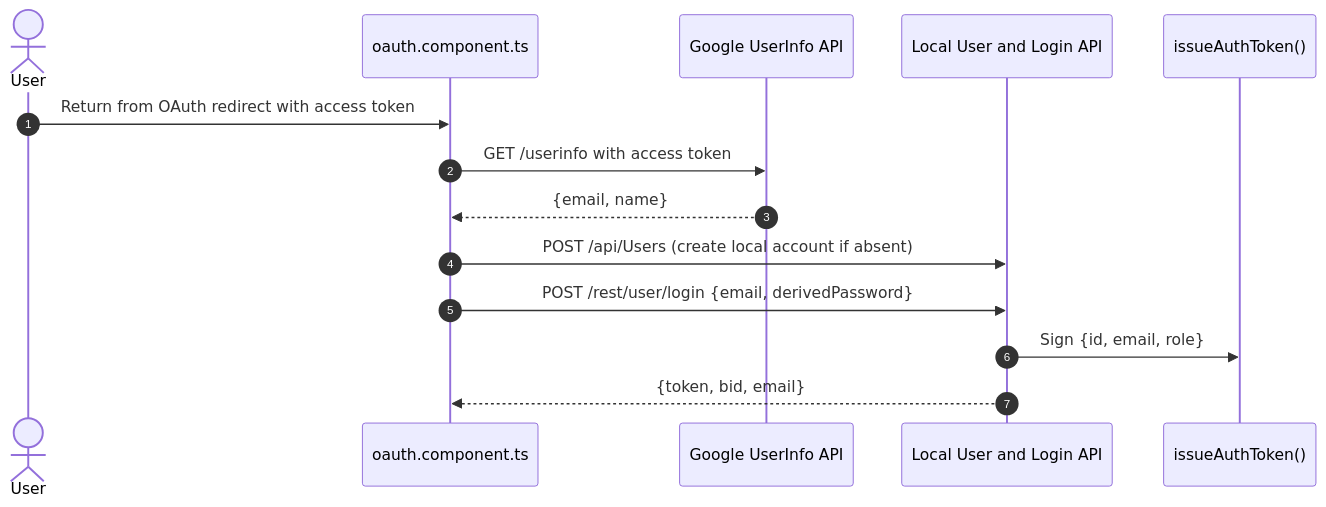
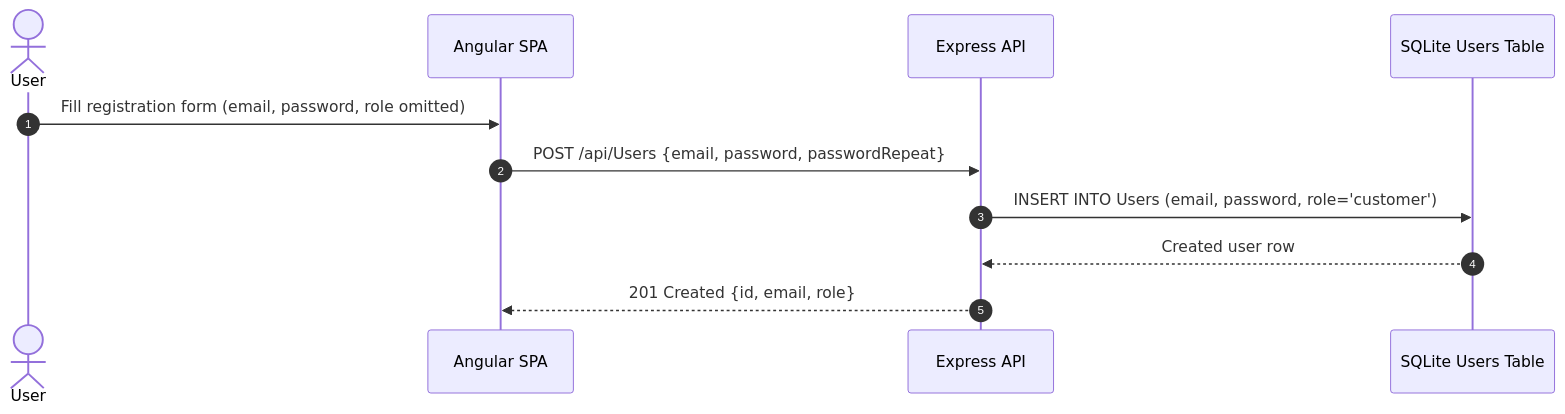
Before and after one commit to appsec-foundry/appsec-advisor: diagram 23 of 27 in examples/threat-modeler/threat-model-juice-shop-standard.md, drawn with Mermaid. The commit also changed other lines of this file and 3 other files, not shown here.

````diff
--- a/examples/threat-modeler/threat-model-juice-shop-standard.md
+++ b/examples/threat-modeler/threat-model-juice-shop-standard.md
@@ -920,17 +1365,14 @@
 ```mermaid
 sequenceDiagram
     autonumber
     actor User
-    participant SPA as oauth.component.ts
-    participant Google as Google UserInfo API
-    participant API as Local User and Login API
-    participant JWT as issueAuthToken()
+    participant SPA as Angular SPA
+    participant API as Express API
+    participant DB as SQLite Users Table
 
-    User->>SPA: Return from OAuth redirect with access token
-    SPA->>Google: GET /userinfo with access token
-    Google-->>SPA: {email, name}
-    SPA->>API: POST /api/Users (create local account if absent)
-    SPA->>API: POST /rest/user/login {email, derivedPassword}
-    API->>JWT: Sign {id, email, role}
-    API-->>SPA: {token, bid, email}
+    User->>SPA: Fill registration form (email, password, role omitted)
+    SPA->>API: POST /api/Users {email, password, passwordRepeat}
+    API->>DB: INSERT INTO Users (email, password, role='customer')
+    DB-->>API: Created user row
+    API-->>SPA: 201 Created {id, email, role}
 ```
````
